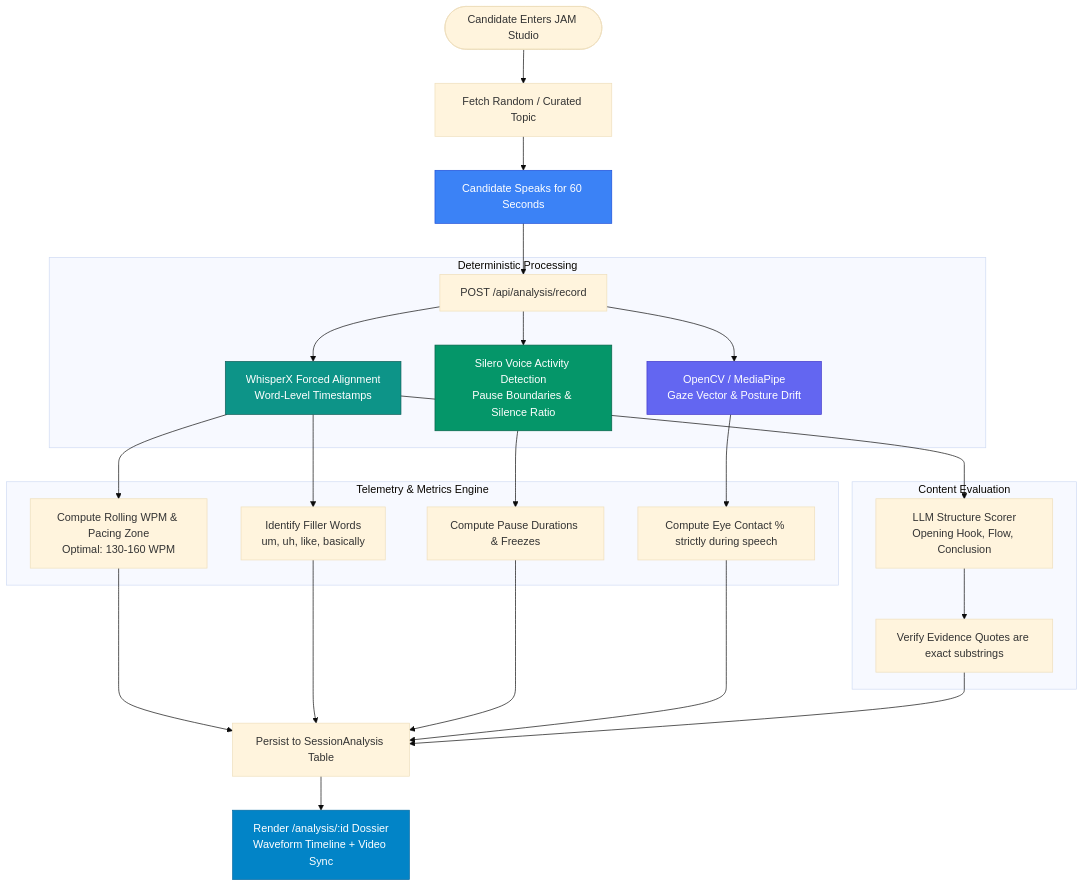
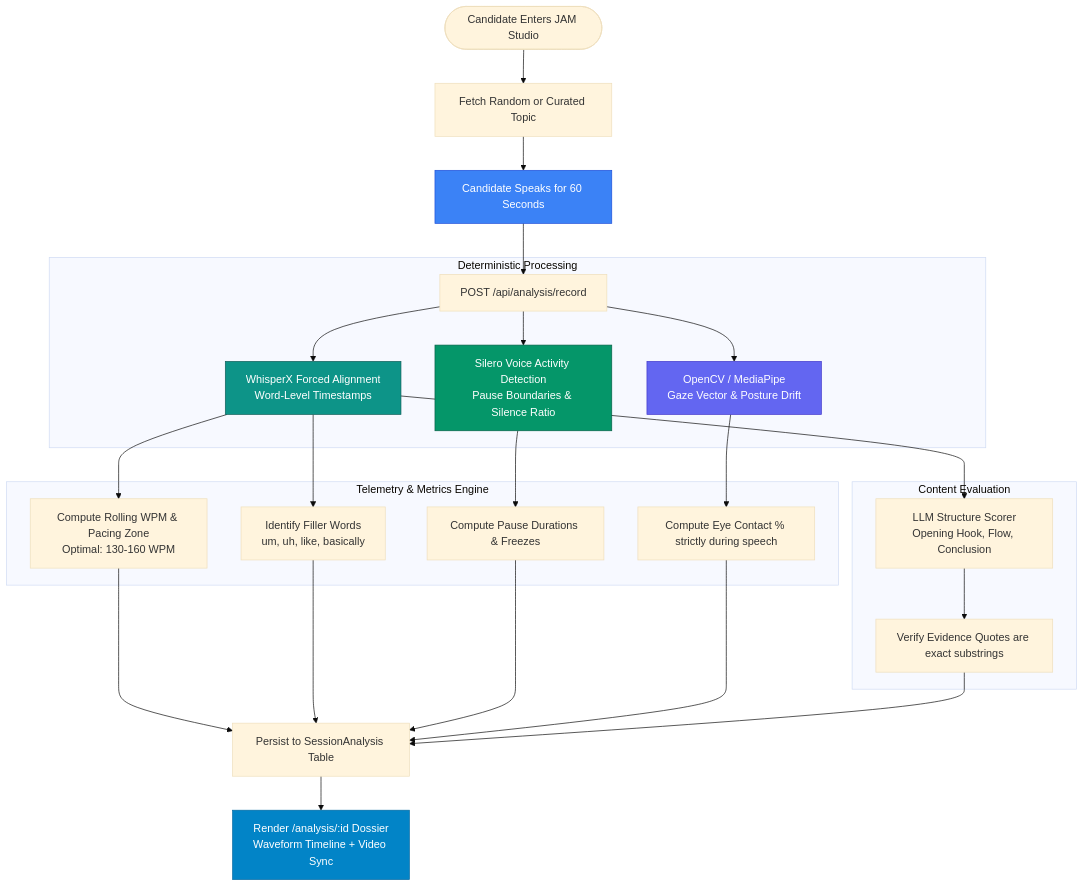
The third of 11 diagrams in Approach.md (Sohailsadeed/campusrecruitment-communication-agent), drawn with Mermaid (base theme) before and after one commit. The commit also changed other lines of this file, not shown here.

Commit message:
fix(docs): resolve GitHub Mermaid parsing errors by quoting subgraph IDs and labels

````diff
--- a/Approach.md
+++ b/Approach.md
@@ -207,38 +207,38 @@
 ```mermaid
 flowchart TD
-    Start([Candidate Enters JAM Studio]) --> SelectTopic[Fetch Random / Curated Topic]
-    SelectTopic --> RecordAudio[Candidate Speaks for 60 Seconds]
-    RecordAudio --> Ingest[POST /api/analysis/record]
+    Start(["Candidate Enters JAM Studio"]) --> SelectTopic["Fetch Random or Curated Topic"]
+    SelectTopic --> RecordAudio["Candidate Speaks for 60 Seconds"]
+    RecordAudio --> Ingest["POST /api/analysis/record"]
     
-    subgraph Deterministic Processing
-        Ingest --> WhisperX[WhisperX Forced Alignment\nWord-Level Timestamps]
-        Ingest --> SileroVAD[Silero Voice Activity Detection\nPause Boundaries & Silence Ratio]
-        Ingest --> MediaPipe[OpenCV / MediaPipe\nGaze Vector & Posture Drift]
+    subgraph DetProc ["Deterministic Processing"]
+        Ingest --> WhisperX["WhisperX Forced Alignment<br/>Word-Level Timestamps"]
+        Ingest --> SileroVAD["Silero Voice Activity Detection<br/>Pause Boundaries & Silence Ratio"]
+        Ingest --> MediaPipe["OpenCV / MediaPipe<br/>Gaze Vector & Posture Drift"]
     end
 
-    subgraph Telemetry & Metrics Engine
-        WhisperX --> CalcWPM[Compute Rolling WPM & Pacing Zone\nOptimal: 130-160 WPM]
-        WhisperX --> CalcFiller[Identify Filler Words\num, uh, like, basically]
-        SileroVAD --> CalcPause[Compute Pause Durations & Freezes]
-        MediaPipe --> CalcEye[Compute Eye Contact % strictly during speech]
+    subgraph TelemetryEngine ["Telemetry & Metrics Engine"]
+        WhisperX --> CalcWPM["Compute Rolling WPM & Pacing Zone<br/>Optimal: 130-160 WPM"]
+        WhisperX --> CalcFiller["Identify Filler Words<br/>um, uh, like, basically"]
+        SileroVAD --> CalcPause["Compute Pause Durations & Freezes"]
+        MediaPipe --> CalcEye["Compute Eye Contact % strictly during speech"]
     end
 
-    subgraph Content Evaluation
-        WhisperX --> LLMEval[LLM Structure Scorer\nOpening Hook, Flow, Conclusion]
-        LLMEval --> QuoteCheck[Verify Evidence Quotes are exact substrings]
+    subgraph ContentEval ["Content Evaluation"]
+        WhisperX --> LLMEval["LLM Structure Scorer<br/>Opening Hook, Flow, Conclusion"]
+        LLMEval --> QuoteCheck["Verify Evidence Quotes are exact substrings"]
     end
 
-    CalcWPM --> Consolidate[Persist to SessionAnalysis Table]
+    CalcWPM --> Consolidate["Persist to SessionAnalysis Table"]
     CalcFiller --> Consolidate
     CalcPause --> Consolidate
     CalcEye --> Consolidate
     QuoteCheck --> Consolidate
 
-    Consolidate --> RenderDossier[Render /analysis/:id Dossier\nWaveform Timeline + Video Sync]
+    Consolidate --> RenderDossier["Render /analysis/:id Dossier<br/>Waveform Timeline + Video Sync"]
 
     style RecordAudio fill:#3b82f6,stroke:#1d4ed8,color:#fff
     style WhisperX fill:#0d9488,stroke:#115e59,color:#fff
     style SileroVAD fill:#059669,stroke:#065f46,color:#fff
     style MediaPipe fill:#6366f1,stroke:#4338ca,color:#fff
     style RenderDossier fill:#0284c7,stroke:#0369a1,color:#fff
 ```
````
